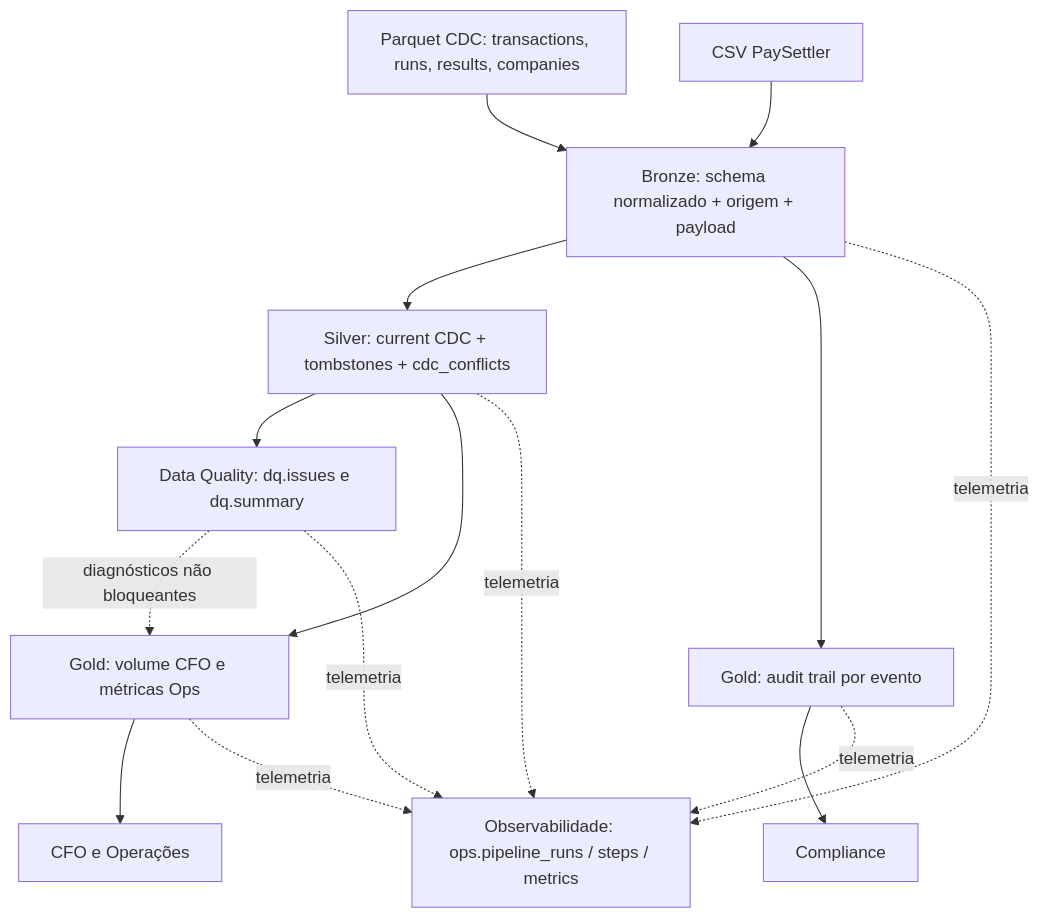
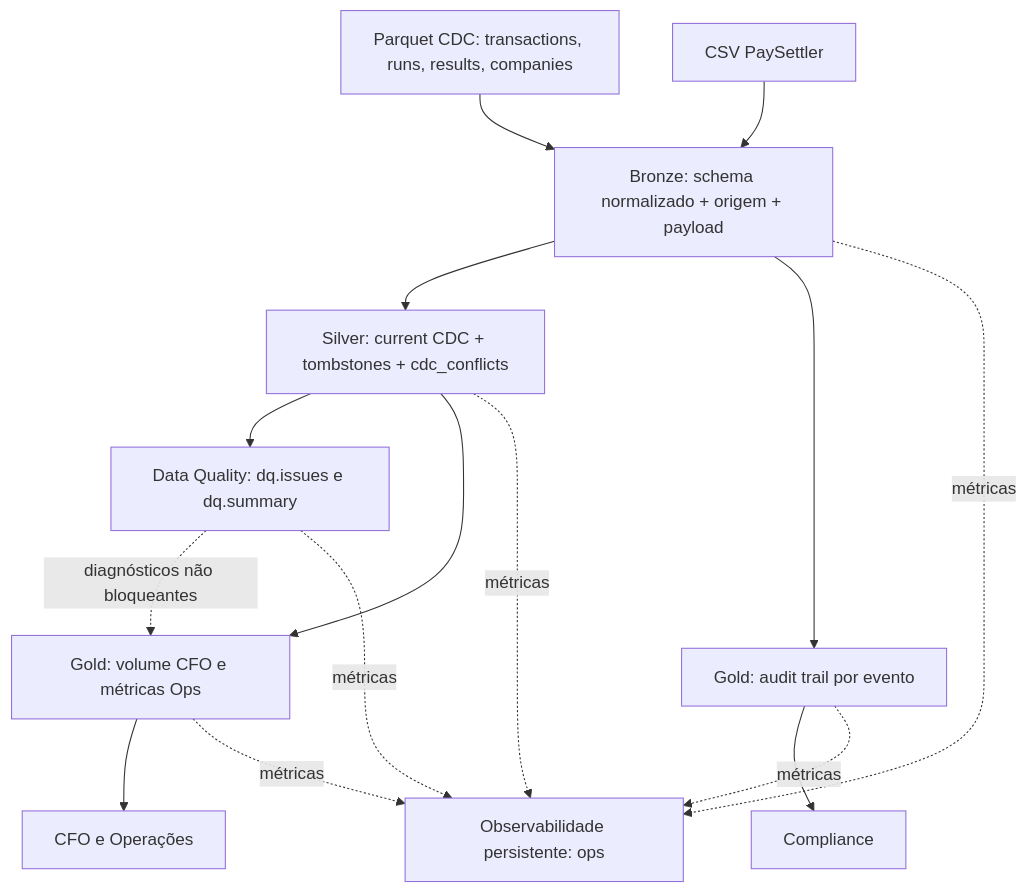
One commit to msantosou/data-engineer-challenge changed the diagram in README.md. Above: the diagram before and after it, drawn with Mermaid. The commit also changed other lines of this file, not shown here.

````diff
--- a/README.md
+++ b/README.md
@@ -96,17 +360,17 @@
 ```mermaid
 flowchart TD
   A[Parquet CDC: transactions, runs, results, companies] --> B[Bronze: schema normalizado + origem + payload]
   C[CSV PaySettler] --> B
   B --> D[Silver: current CDC + tombstones + cdc_conflicts]
   B --> H[Gold: audit trail por evento]
   D --> E[Data Quality: dq.issues e dq.summary]
   D --> F[Gold: volume CFO e métricas Ops]
   E -. diagnósticos não bloqueantes .-> F
   F --> G[CFO e Operações]
   H --> I[Compliance]
-  B -. telemetria .-> O[Observabilidade: ops.pipeline_runs / steps / metrics]
-  D -. telemetria .-> O
-  E -. telemetria .-> O
-  F -. telemetria .-> O
-  H -. telemetria .-> O
+  B -. métricas .-> O[Observabilidade persistente: ops]
+  D -. métricas .-> O
+  E -. métricas .-> O
+  F -. métricas .-> O
+  H -. métricas .-> O
 ```
````
